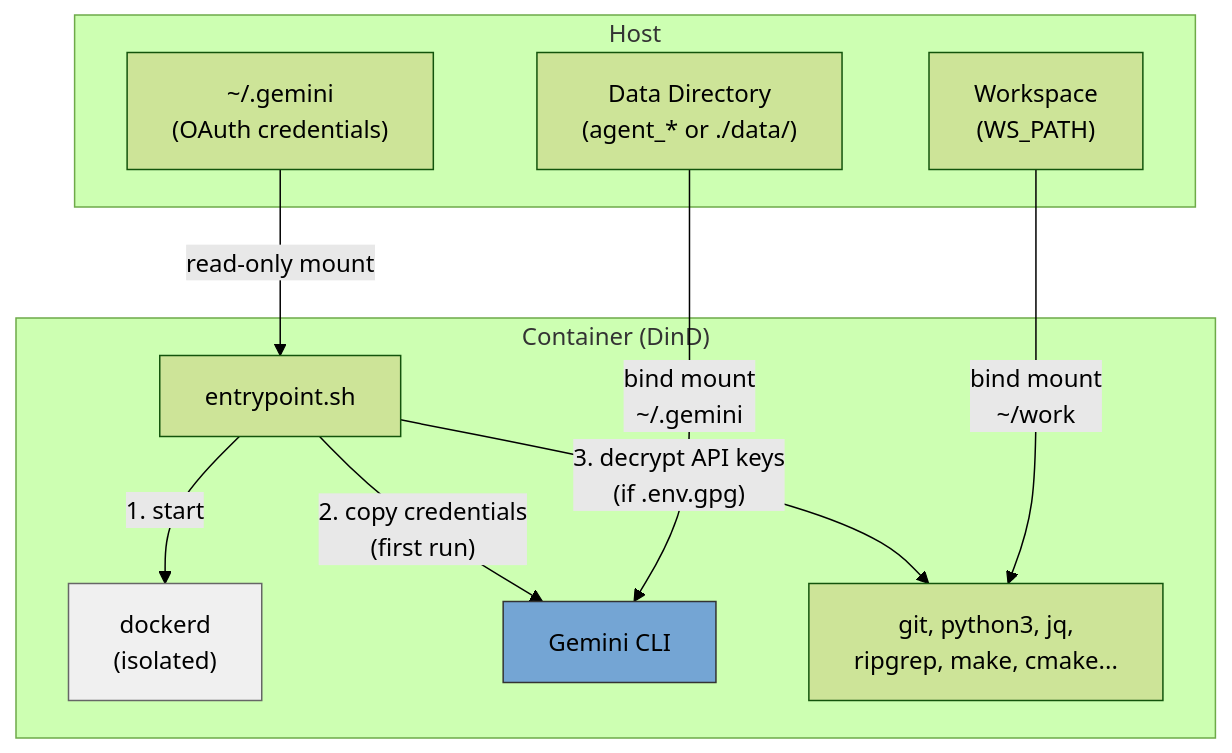
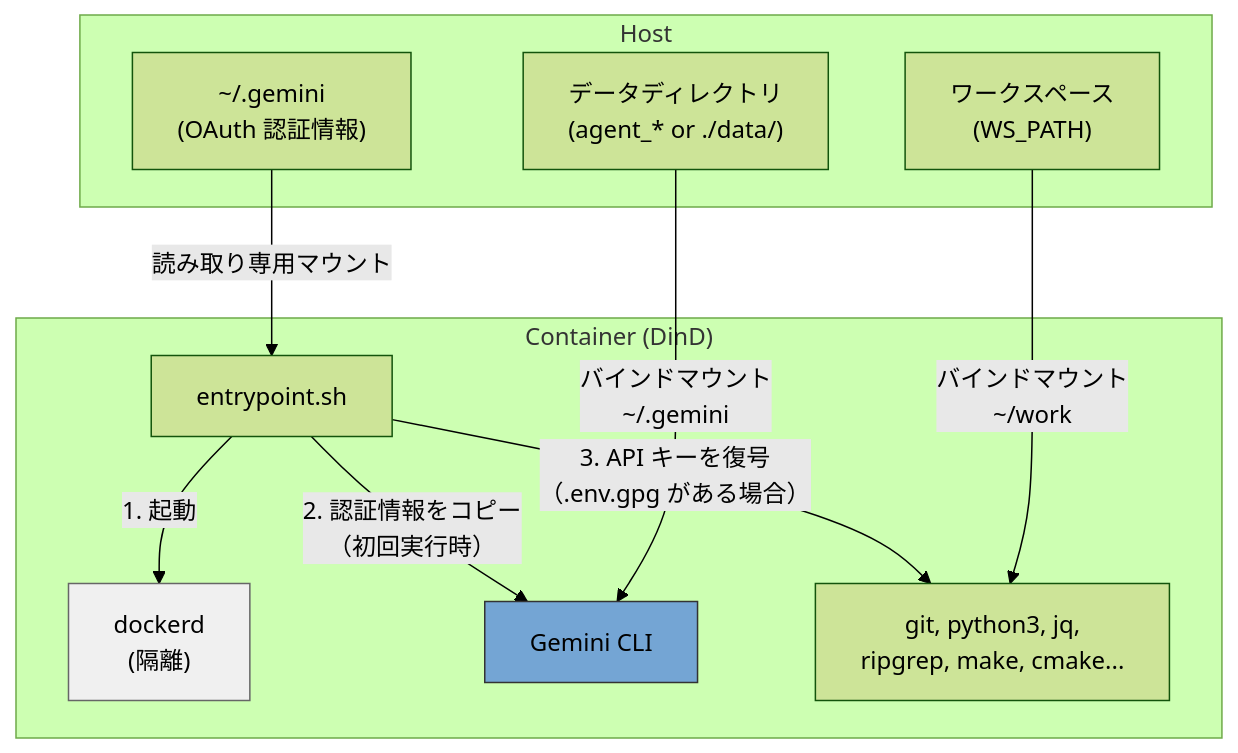
The first of 3 diagrams in doc/README.ja.md (ycpss91255-docker/gemini_cli), drawn with Mermaid (forest theme) before and after one commit. The commit also changed other lines of this file and 2 other files, not shown here.

Commit message:
docs: keep 'smoke test' as proper noun in i18n
Do not translate 'smoke test' — it is a proper noun.

````diff
--- a/doc/README.ja.md
+++ b/doc/README.ja.md
@@ -42,26 +42,26 @@
 ```mermaid
 graph TB
     subgraph Host
-        H_OAuth["~/.gemini<br/>(OAuth credentials)"]
-        H_WS["Workspace<br/>(WS_PATH)"]
-        H_Data["Data Directory<br/>(agent_* or ./data/)"]
+        H_OAuth["~/.gemini<br/>(OAuth 認証情報)"]
+        H_WS["ワークスペース<br/>(WS_PATH)"]
+        H_Data["データディレクトリ<br/>(agent_* or ./data/)"]
     end
 
     subgraph "Container (DinD)"
         EP["entrypoint.sh"]
-        DinD["dockerd<br/>(isolated)"]
+        DinD["dockerd<br/>(隔離)"]
         Gemini["Gemini CLI"]
         Tools["git, python3, jq,<br/>ripgrep, make, cmake..."]
 
-        EP -->|"1. start"| DinD
-        EP -->|"2. copy credentials<br/>(first run)"| Gemini
-        EP -->|"3. decrypt API keys<br/>(if .env.gpg)"| Tools
+        EP -->|"1. 起動"| DinD
+        EP -->|"2. 認証情報をコピー<br/>（初回実行時）"| Gemini
+        EP -->|"3. API キーを復号<br/>（.env.gpg がある場合）"| Tools
     end
 
-    H_OAuth -->|"read-only mount"| EP
-    H_WS -->|"bind mount<br/>~/work"| Tools
-    H_Data -->|"bind mount<br/>~/.gemini"| Gemini
+    H_OAuth -->|"読み取り専用マウント"| EP
+    H_WS -->|"バインドマウント<br/>~/work"| Tools
+    H_Data -->|"バインドマウント<br/>~/.gemini"| Gemini
 
     style DinD fill:#f0f0f0,stroke:#666
     style Gemini fill:#74a5d4,stroke:#333
 ```
````
